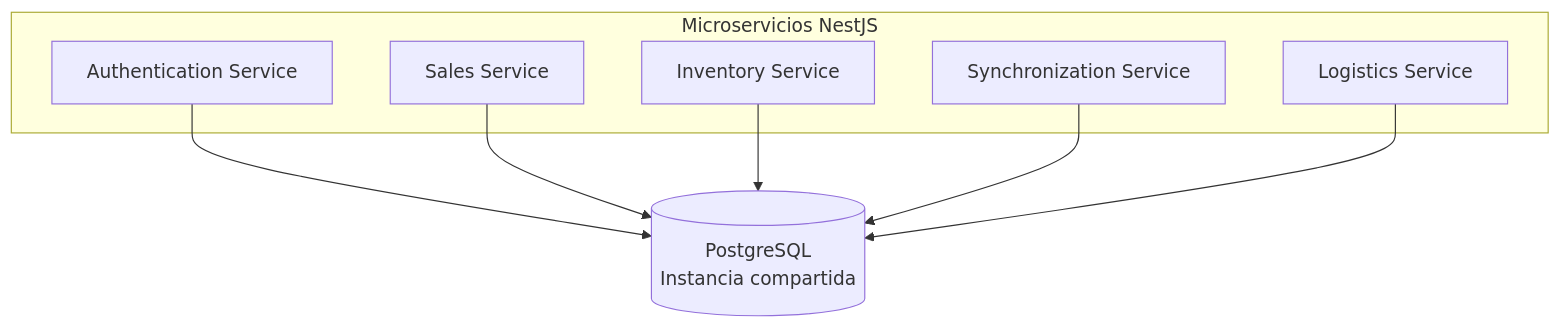
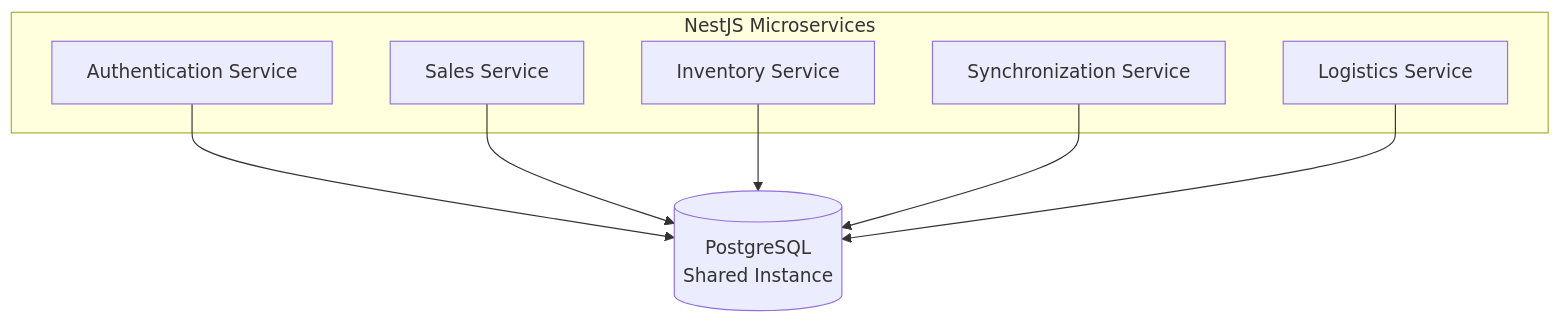
Before and after one commit to migueval/software-engineering: the tenth of 29 diagrams in Connectivity Strategies in Distributed Systems/ARCHITECTURE.md, drawn with Mermaid. The commit also changed other lines of this file and 19 other files, not shown here.

````diff
--- a/Connectivity Strategies in Distributed Systems/ARCHITECTURE.md
+++ b/Connectivity Strategies in Distributed Systems/ARCHITECTURE.md
@@ -557,19 +557,19 @@
 ```mermaid
 flowchart TD
 
-    subgraph SERVICES["Microservicios NestJS"]
+    subgraph SERVICES["NestJS Microservices"]
         AUTH["Authentication Service"]
         SALES["Sales Service"]
         INVENTORY["Inventory Service"]
         SYNC["Synchronization Service"]
         LOGISTICS["Logistics Service"]
     end
 
-    PG[("PostgreSQL<br/>Instancia compartida")]
+    PG[("PostgreSQL<br/>Shared Instance")]
 
     AUTH --> PG
     SALES --> PG
     INVENTORY --> PG
     SYNC --> PG
     LOGISTICS --> PG
 ```
````
